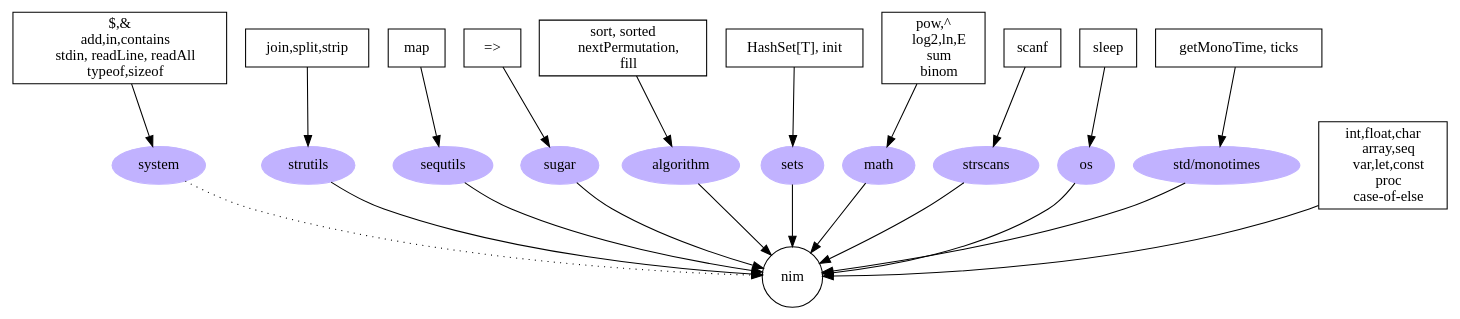
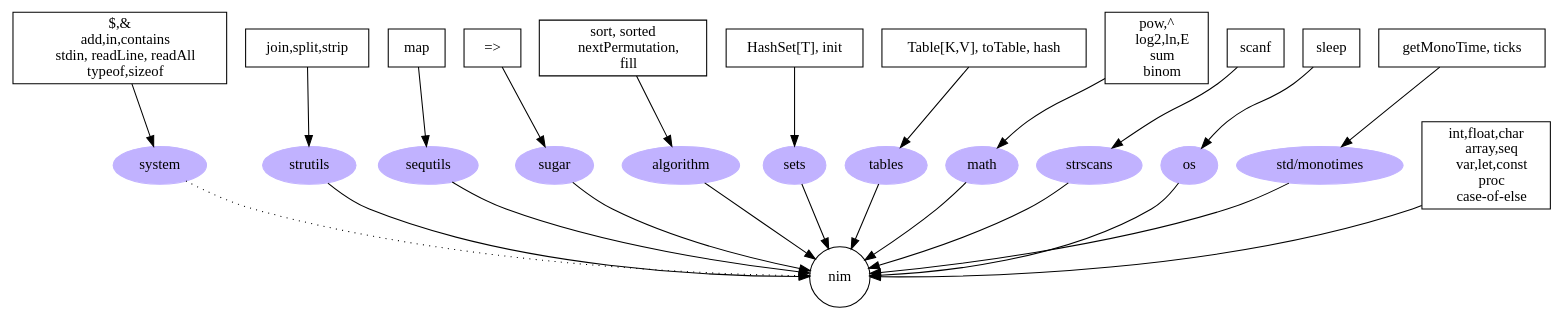
One commit to czylabsonasa/learnnim changed the diagram in graphViz/rajz.gv. Above: the diagram before and after it, drawn with Graphviz. The commit also changed 2 other files, not shown here.

```diff
--- a/graphViz/rajz.gv
+++ b/graphViz/rajz.gv
@@ -1,95 +1,111 @@
 digraph G {
   nim 
     [shape = circle, URL = "https://nim-lang.org"] ;
   
   system, strutils, 
   sequtils, sugar, 
-  algorithm, sets, 
+  algorithm, sets, tables, 
   math, strscans, os, mon
     [style = filled, color = "0.7 0.3 1.0"] ;
   
   mon [label="std/monotimes"]
 
 
   n0 [ label = 
     "int,float,char
     array,seq
     var,let,const
     proc
     case-of-else", 
   shape = box ]
   n0 -> nim ;
   
 /* ************ */
   system -> nim [style = dotted] ;
   sys0 [ label = 
     "$,&
     add,in,contains
     stdin, readLine, readAll
     typeof,sizeof", 
   shape = box] ;
   sys0 -> system ;
 
 /* ************ */
   strutils -> nim;
   str0[ label = 
     "join,split,strip", 
   shape = box] ;
   str0 -> strutils ;
 
 /* ************ */
   sequtils -> nim;
   seq0[ label = 
     "map", 
   shape = box] ; 
   seq0 -> sequtils;
 /* ************ */
   sugar -> nim;
   sug0[ label = 
     "=>", 
   shape = box ] ; 
   sug0 -> sugar;
 /* ************ */
   algorithm -> nim;
   alg0[label = 
     "sort, sorted
     nextPermutation,
     fill", 
   shape = box ]
   alg0 -> algorithm    
 /* ************ */
   sets -> nim;
   set0[ label = 
     "HashSet[T], init", 
   shape = box ] ; 
   set0 -> sets;
 
+
 /* ************ */
+  tables -> nim;
+  tab0[ label = 
+    "Table[K,V], toTable, hash", 
+  shape = box ] ; 
+  tab0 -> tables;
+
+
+/* ************ */
+
   math -> nim;
   mat0[ label = 
     "pow,^
     log2,ln,E
     sum
     binom", 
   shape = box ] ; 
   mat0 -> math ;
 
+/* ************ */
+
   strscans -> nim;
   scan0[ label = 
     "scanf", 
   shape = box ]
   scan0 -> strscans ;
 
+/* ************ */
+
   os -> nim;
   os0[ label = 
     "sleep", 
   shape = box ]
   os0 -> os ;
+
+/* ************ */
 
   mon -> nim;
   mon0[ label = 
     "getMonoTime, ticks", 
   shape = box ]
   mon0 -> mon ;
 
 }
```
